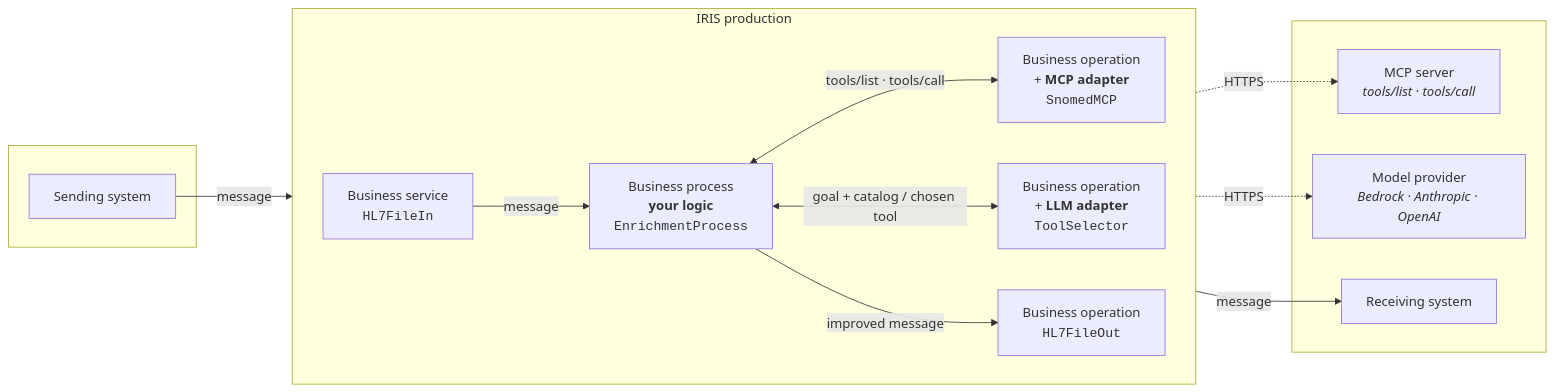
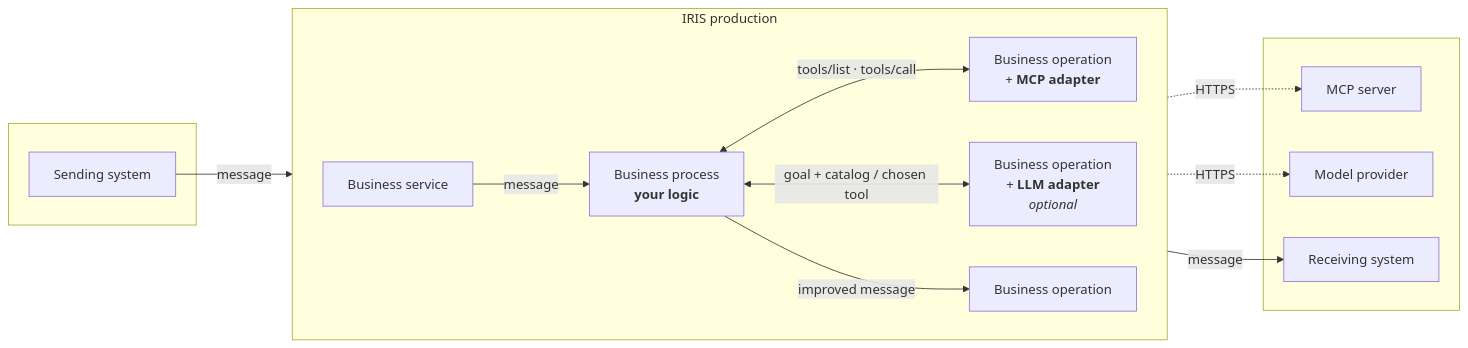
The first of 2 diagrams in README.md (dfrancoisc/Agentic-Adapter-in-Execution-Time), drawn with Mermaid before and after one commit. The commit also changed other lines of this file and 1 other file, not shown here.

````diff
--- a/README.md
+++ b/README.md
@@ -317,30 +383,30 @@
 ```mermaid
 flowchart LR
   subgraph OUT1[" "]
     SRC["Sending system"]
   end
 
   subgraph PROD["IRIS production"]
     direction LR
-    BS["Business service<br/><code>HL7FileIn</code>"]
-    BP["Business process<br/><b>your logic</b><br/><code>EnrichmentProcess</code>"]
-    MCPOP["Business operation<br/>+ <b>MCP adapter</b><br/><code>SnomedMCP</code>"]
-    SELOP["Business operation<br/>+ <b>LLM adapter</b><br/><code>ToolSelector</code>"]
-    BO["Business operation<br/><code>HL7FileOut</code>"]
+    BS["Business service"]
+    BP["Business process<br/><b>your logic</b>"]
+    MCPOP["Business operation<br/>+ <b>MCP adapter</b>"]
+    SELOP["Business operation<br/>+ <b>LLM adapter</b><br/><i>optional</i>"]
+    BO["Business operation"]
   end
 
   subgraph OUT2[" "]
-    MCP["MCP server<br/><i>tools/list · tools/call</i>"]
-    LLM["Model provider<br/><i>Bedrock · Anthropic · OpenAI</i>"]
+    MCP["MCP server"]
+    LLM["Model provider"]
     DST["Receiving system"]
   end
 
   SRC -->|message| BS
   BS -->|message| BP
   BP <-->|"tools/list · tools/call"| MCPOP
   BP <-->|"goal + catalog / chosen tool"| SELOP
   BP -->|improved message| BO
   BO -->|message| DST
   MCPOP -.->|HTTPS| MCP
   SELOP -.->|HTTPS| LLM
 ```
````
